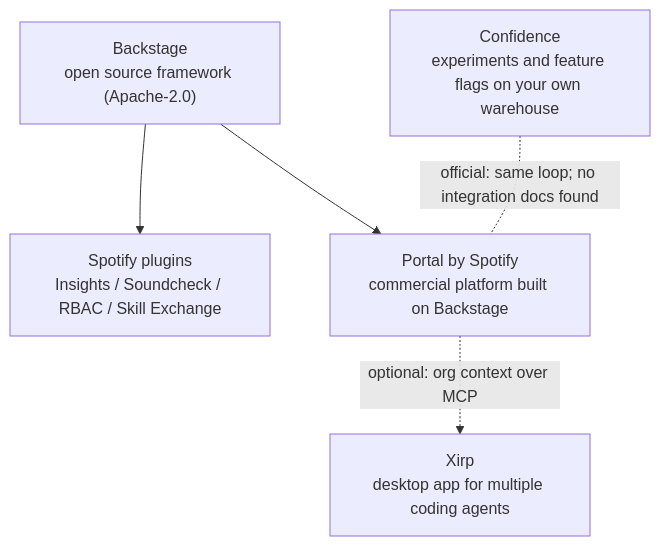
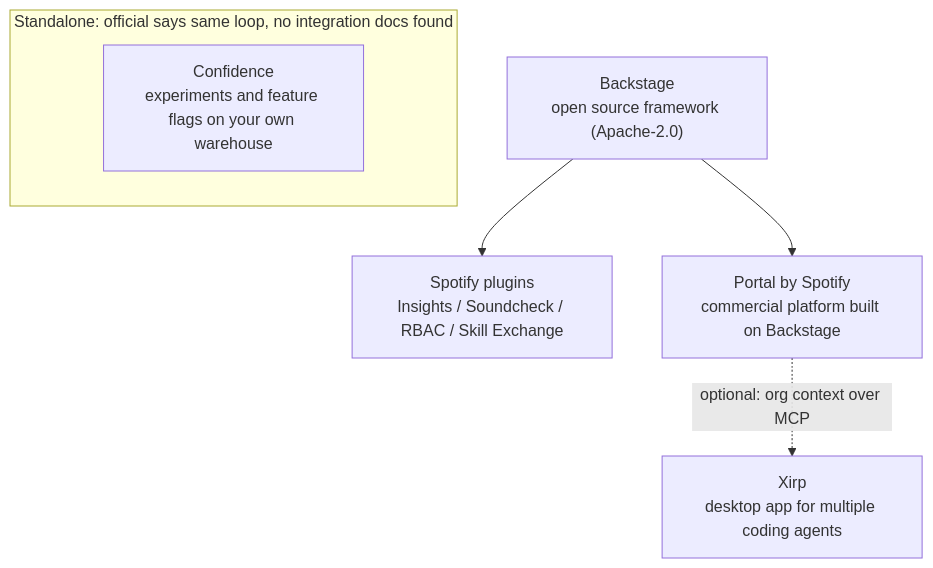
One commit to vincentxuu/quidproquo changed the diagram in src/content/posts/ai/2026-10-11-spotify-technology-rd-tools-en.md. Above: the diagram before and after it, drawn with Mermaid. The commit also changed 1 other file, not shown here.

Commit message:
post(ai): 關係圖改為 Confidence 獨立區塊並實際渲染驗證
Claude-Session: https://claude.ai/code/session_01NtDfbYTmBpbGeu33VXu73i

````diff
--- a/src/content/posts/ai/2026-10-11-spotify-technology-rd-tools-en.md
+++ b/src/content/posts/ai/2026-10-11-spotify-technology-rd-tools-en.md
@@ -44,12 +44,13 @@
 ```mermaid
 flowchart TB
   B["Backstage<br/>open source framework (Apache-2.0)"]
   PL["Spotify plugins<br/>Insights / Soundcheck / RBAC / Skill Exchange"]
   P["Portal by Spotify<br/>commercial platform built on Backstage"]
   X["Xirp<br/>desktop app for multiple coding agents"]
-  C["Confidence<br/>experiments and feature flags on your own warehouse"]
   B --> PL
   B --> P
   P -. "optional: org context over MCP" .-> X
-  C -. "official: same loop; no integration docs found" .- P
+  subgraph S2["Standalone: official says same loop, no integration docs found"]
+    C["Confidence<br/>experiments and feature flags on your own warehouse"]
+  end
 ```
````
